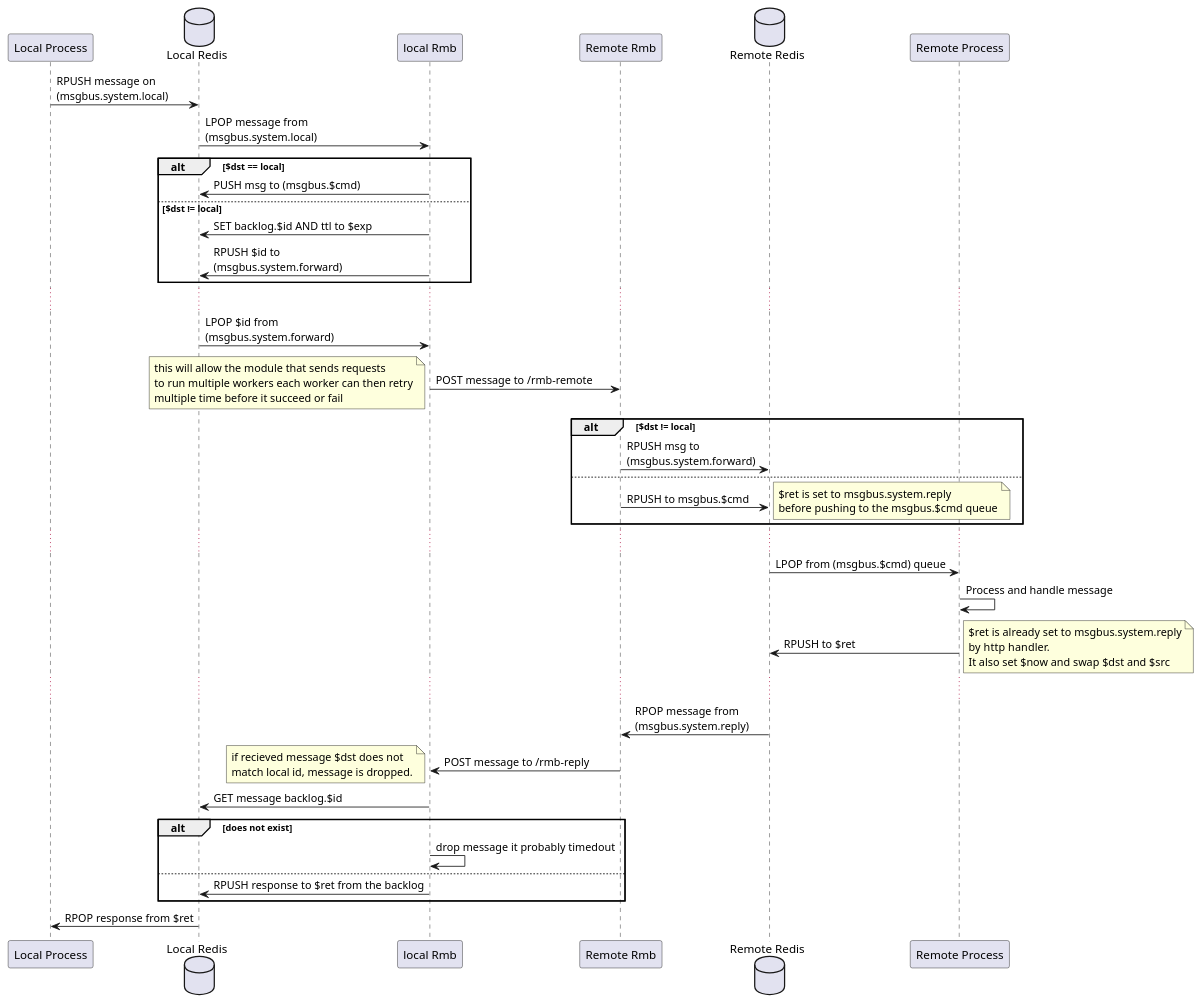
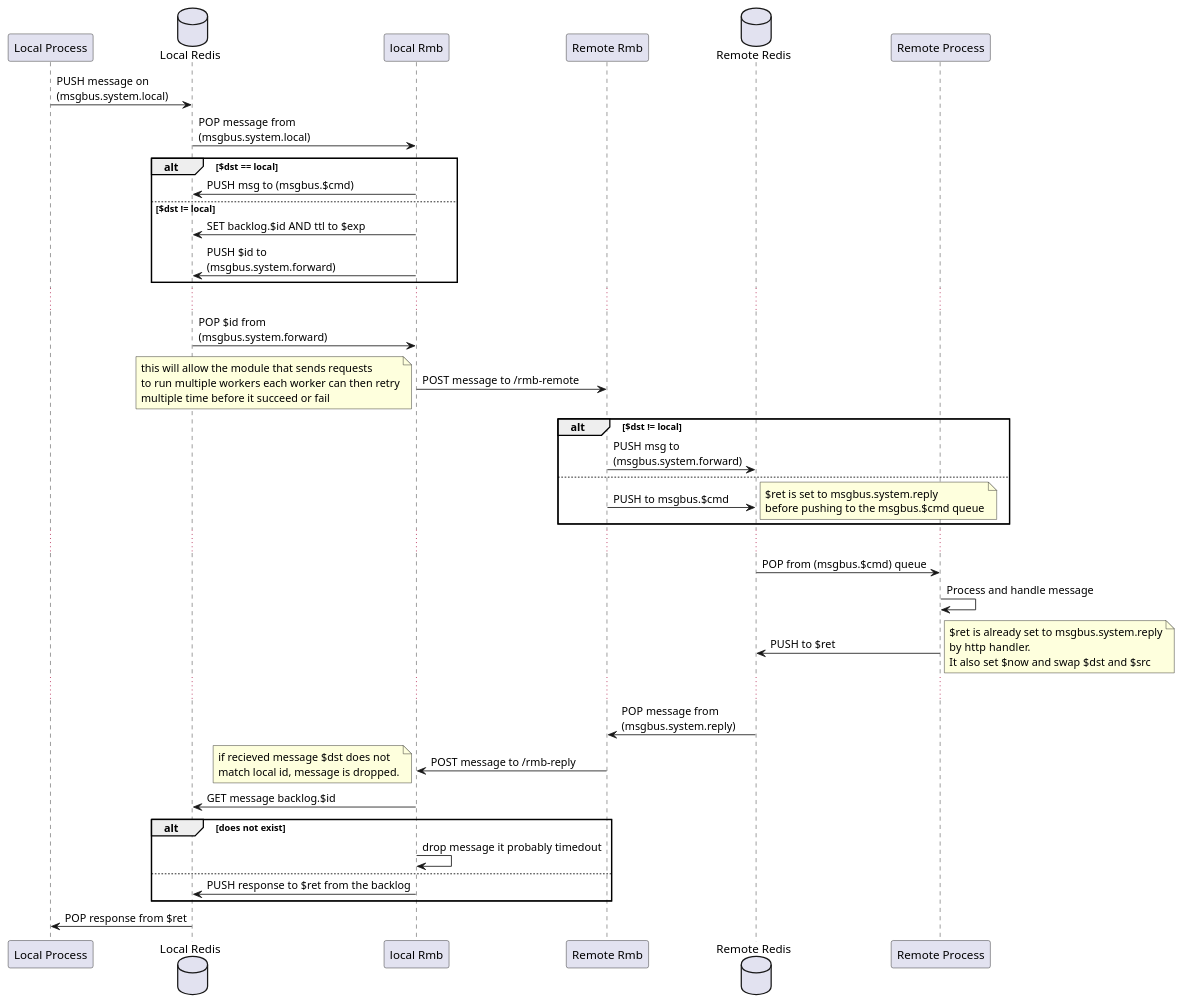
Before and after one commit to threefoldtech/rmb-rs: the diagram in docs/uml/sequence.wsd, drawn with PlantUML. The commit also changed 2 other files, not shown here.

```diff
--- a/docs/uml/sequence.wsd
+++ b/docs/uml/sequence.wsd
@@ -1,60 +1,60 @@
 @startuml RMB
 
 participant "Local Process" as lp
 database "Local Redis" as lr
 participant "local Rmb" as lrmb
 
 participant "Remote Rmb" as rrmb
 database "Remote Redis" as rr
 participant "Remote Process" as rp
 
-lp -> lr: RPUSH message on \n(msgbus.system.local)
-lr -> lrmb : LPOP message from \n(msgbus.system.local)
+lp -> lr: PUSH message on \n(msgbus.system.local)
+lr -> lrmb : POP message from \n(msgbus.system.local)
 
 alt $dst == local
 lrmb -> lr: PUSH msg to (msgbus.$cmd)
 else $dst != local
 lrmb -> lr: SET backlog.$id AND ttl to $exp
-lrmb -> lr: RPUSH $id to \n(msgbus.system.forward)
+lrmb -> lr: PUSH $id to \n(msgbus.system.forward)
 end
 ...
-lr -> lrmb: LPOP $id from \n(msgbus.system.forward)
+lr -> lrmb: POP $id from \n(msgbus.system.forward)
 lrmb -> rrmb: POST message to /rmb-remote
 note left
  this will allow the module that sends requests
  to run multiple workers each worker can then retry
  multiple time before it succeed or fail
 end note
 alt $dst != local
-rrmb -> rr: RPUSH msg to \n(msgbus.system.forward)
+rrmb -> rr: PUSH msg to \n(msgbus.system.forward)
 else
-rrmb -> rr: RPUSH to msgbus.$cmd
+rrmb -> rr: PUSH to msgbus.$cmd
 note right
 $ret is set to msgbus.system.reply
 before pushing to the msgbus.$cmd queue
 end note
 end
 ...
-rr -> rp: LPOP from (msgbus.$cmd) queue
+rr -> rp: POP from (msgbus.$cmd) queue
 rp -> rp: Process and handle message
-rp -> rr: RPUSH to $ret
+rp -> rr: PUSH to $ret
 note right
 $ret is already set to msgbus.system.reply
 by http handler.
 It also set $now and swap $dst and $src
 end note
 ...
-rr -> rrmb: RPOP message from \n(msgbus.system.reply)
+rr -> rrmb: POP message from \n(msgbus.system.reply)
 rrmb -> lrmb: POST message to /rmb-reply
 note left
 if recieved message $dst does not
 match local id, message is dropped.
 end note
 lrmb -> lr: GET message backlog.$id
 alt does not exist
 lrmb -> lrmb: drop message it probably timedout
 else
-lrmb -> lr: RPUSH response to $ret from the backlog
+lrmb -> lr: PUSH response to $ret from the backlog
 end
-lr -> lp: RPOP response from $ret
+lr -> lp: POP response from $ret
 @enduml
```
